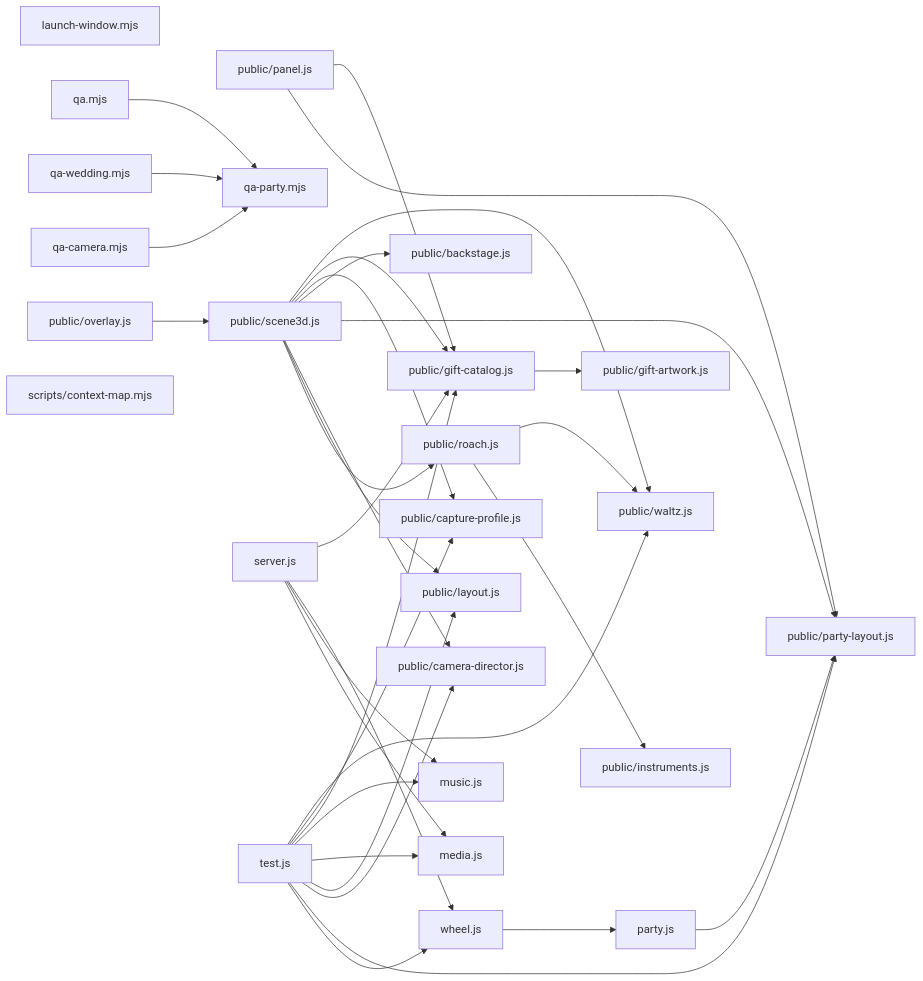
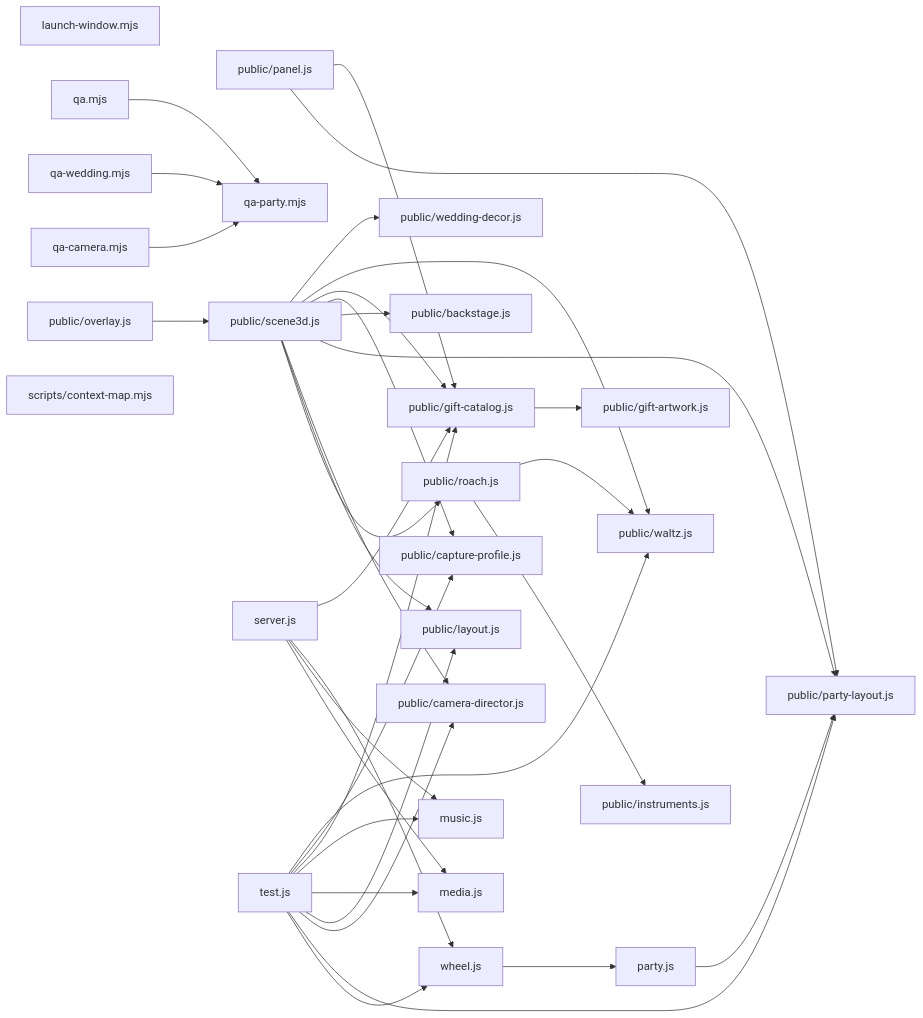
Before and after one commit to fthgshhsrth/roda-live: the diagram in docs/context-map.md, drawn with Mermaid. The commit also changed 10 other files, not shown here.

````diff
--- a/docs/context-map.md
+++ b/docs/context-map.md
@@ -5,60 +5,62 @@
 ```mermaid
 graph LR
   n0["launch-window.mjs"]
   n1["media.js"]
   n2["music.js"]
   n3["party.js"]
   n4["public/backstage.js"]
   n5["public/camera-director.js"]
   n6["public/capture-profile.js"]
   n7["public/gift-artwork.js"]
   n8["public/gift-catalog.js"]
   n9["public/instruments.js"]
   n10["public/layout.js"]
   n11["public/overlay.js"]
   n12["public/panel.js"]
   n13["public/party-layout.js"]
   n14["public/roach.js"]
   n15["public/scene3d.js"]
   n16["public/waltz.js"]
-  n17["qa-camera.mjs"]
-  n18["qa-party.mjs"]
-  n19["qa-wedding.mjs"]
-  n20["qa.mjs"]
-  n21["scripts/context-map.mjs"]
-  n22["server.js"]
-  n23["test.js"]
-  n24["wheel.js"]
+  n17["public/wedding-decor.js"]
+  n18["qa-camera.mjs"]
+  n19["qa-party.mjs"]
+  n20["qa-wedding.mjs"]
+  n21["qa.mjs"]
+  n22["scripts/context-map.mjs"]
+  n23["server.js"]
+  n24["test.js"]
+  n25["wheel.js"]
   n3 --> n13
   n8 --> n7
   n11 --> n15
   n12 --> n13
   n12 --> n8
   n14 --> n9
   n14 --> n16
   n15 --> n14
   n15 --> n10
   n15 --> n5
   n15 --> n13
   n15 --> n4
   n15 --> n6
   n15 --> n8
   n15 --> n16
-  n17 --> n18
-  n19 --> n18
-  n20 --> n18
-  n22 --> n1
-  n22 --> n2
-  n22 --> n24
-  n22 --> n8
-  n23 --> n24
-  n23 --> n13
-  n23 --> n5
-  n23 --> n10
+  n15 --> n17
+  n18 --> n19
+  n20 --> n19
+  n21 --> n19
   n23 --> n1
   n23 --> n2
+  n23 --> n25
   n23 --> n8
-  n23 --> n6
-  n23 --> n16
-  n24 --> n3
+  n24 --> n25
+  n24 --> n13
+  n24 --> n5
+  n24 --> n10
+  n24 --> n1
+  n24 --> n2
+  n24 --> n8
+  n24 --> n6
+  n24 --> n16
+  n25 --> n3
 ```
````
